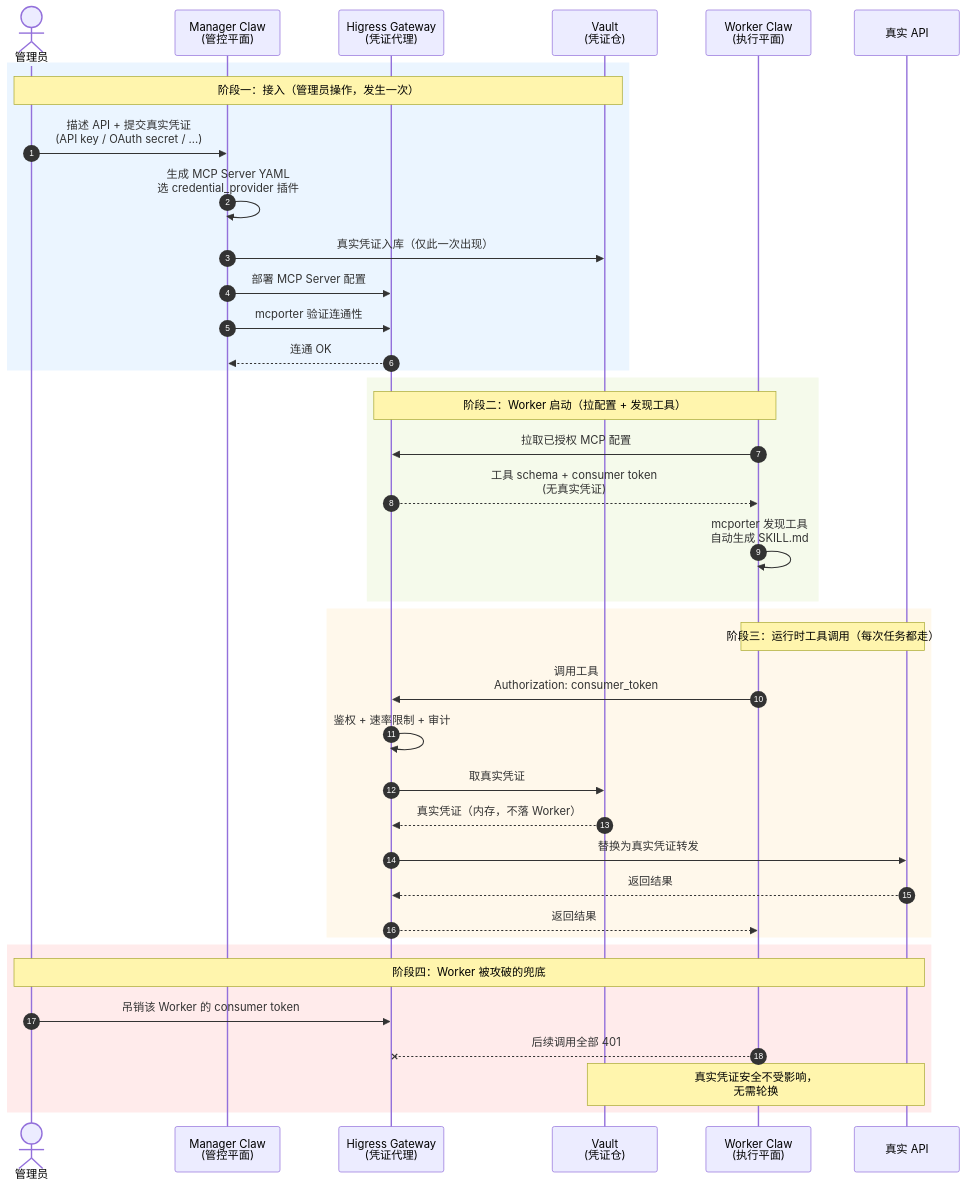
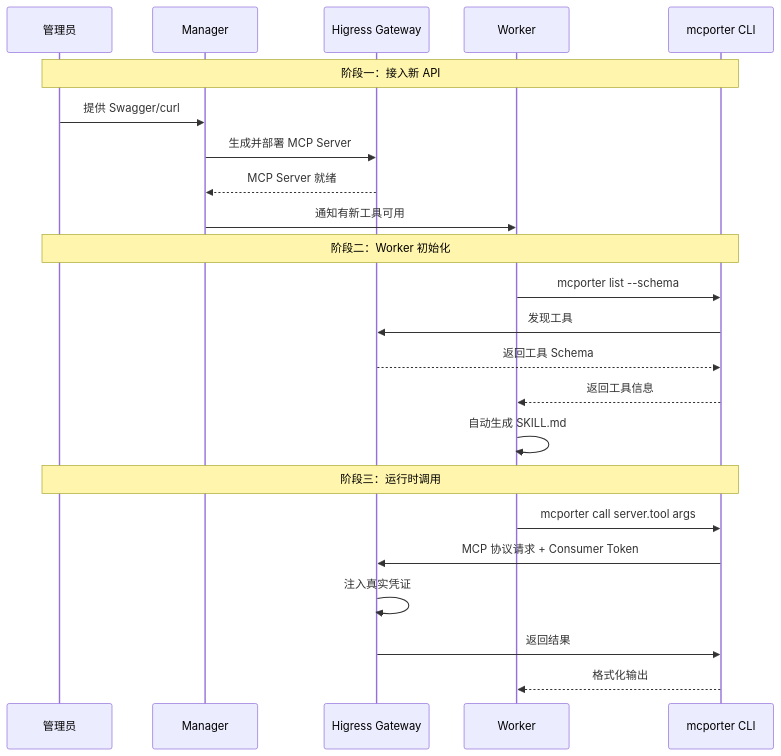
One commit to resethh/AIPlatform changed the diagram in wiki/architecture/应用网关设计方案.md. Above: the diagram before and after it, drawn with Mermaid. The commit also changed other lines of this file and 10 other files, not shown here.

````diff
--- a/wiki/architecture/应用网关设计方案.md
+++ b/wiki/architecture/应用网关设计方案.md
@@ -94,45 +94,28 @@
 ```mermaid
 sequenceDiagram
-    autonumber
-    actor Admin as 管理员
-    participant Mgr as Manager Claw<br/>(管控平面)
-    participant GW as Higress Gateway<br/>(凭证代理)
-    participant Vault as Vault<br/>(凭证仓)
-    participant W as Worker Claw<br/>(执行平面)
-    participant API as 真实 API
+    participant Admin as 管理员
+    participant Manager as Manager
+    participant Gateway as Higress Gateway
+    participant Worker as Worker
+    participant McPorter as mcporter CLI
 
-    rect rgb(235, 245, 255)
-    Note over Admin,Vault: 阶段一：接入（管理员操作，发生一次）
-    Admin->>Mgr: 描述 API + 提交真实凭证<br/>(API key / OAuth secret / ...)
-    Mgr->>Mgr: 生成 MCP Server YAML<br/>选 credential_provider 插件
-    Mgr->>Vault: 真实凭证入库（仅此一次出现）
-    Mgr->>GW: 部署 MCP Server 配置
-    Mgr->>GW: mcporter 验证连通性
-    GW-->>Mgr: 连通 OK
-    end
+    Note over Admin,McPorter: 阶段一：接入新 API
+    Admin->>Manager: 提供 Swagger/curl
+    Manager->>Gateway: 生成并部署 MCP Server
+    Gateway-->>Manager: MCP Server 就绪
+    Manager->>Worker: 通知有新工具可用
 
-    rect rgb(245, 250, 235)
-    Note over GW,W: 阶段二：Worker 启动（拉配置 + 发现工具）
-    W->>GW: 拉取已授权 MCP 配置
-    GW-->>W: 工具 schema + consumer token<br/>(无真实凭证)
-    W->>W: mcporter 发现工具<br/>自动生成 SKILL.md
-    end
+    Note over Admin,McPorter: 阶段二：Worker 初始化
+    Worker->>McPorter: mcporter list --schema
+    McPorter->>Gateway: 发现工具
+    Gateway-->>McPorter: 返回工具 Schema
+    McPorter-->>Worker: 返回工具信息
+    Worker->>Worker: 自动生成 SKILL.md
 
-    rect rgb(255, 248, 235)
-    Note over W,API: 阶段三：运行时工具调用（每次任务都走）
-    W->>GW: 调用工具<br/>Authorization: consumer_token
-    GW->>GW: 鉴权 + 速率限制 + 审计
-    GW->>Vault: 取真实凭证
-    Vault-->>GW: 真实凭证（内存，不落 Worker）
-    GW->>API: 替换为真实凭证转发
-    API-->>GW: 返回结果
-    GW-->>W: 返回结果
-    end
-
-    rect rgb(255, 235, 235)
-    Note over Admin,API: 阶段四：Worker 被攻破的兜底
-    Admin->>GW: 吊销该 Worker 的 consumer token
-    W--xGW: 后续调用全部 401
-    Note over Vault,API: 真实凭证安全不受影响，<br/>无需轮换
-    end
+    Note over Admin,McPorter: 阶段三：运行时调用
+    Worker->>McPorter: mcporter call server.tool args
+    McPorter->>Gateway: MCP 协议请求 + Consumer Token
+    Gateway->>Gateway: 注入真实凭证
+    Gateway->>McPorter: 返回结果
+    McPorter-->>Worker: 格式化输出
 ```
````
